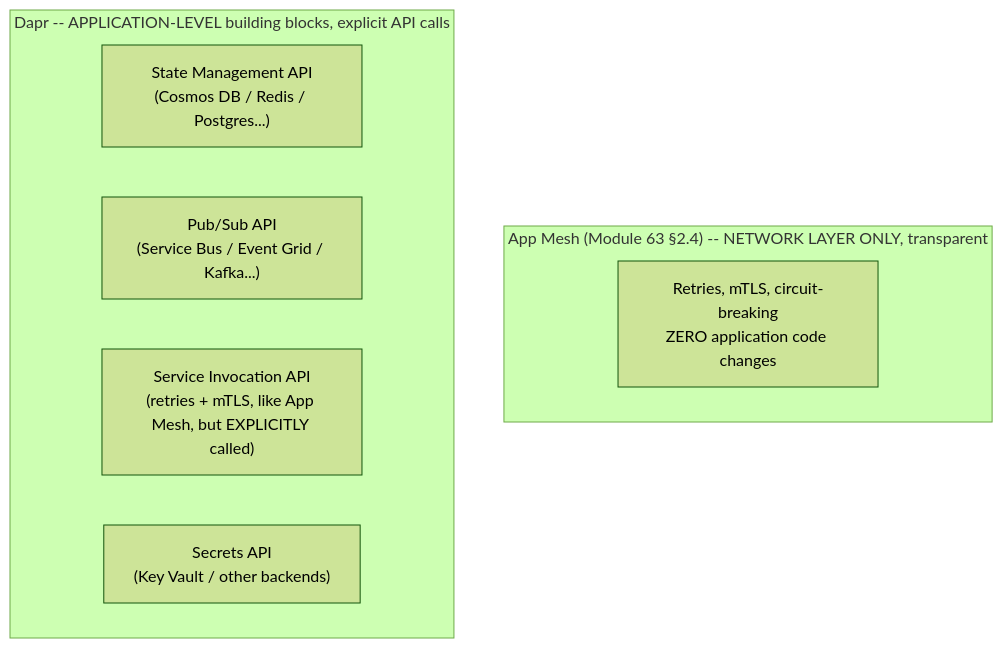
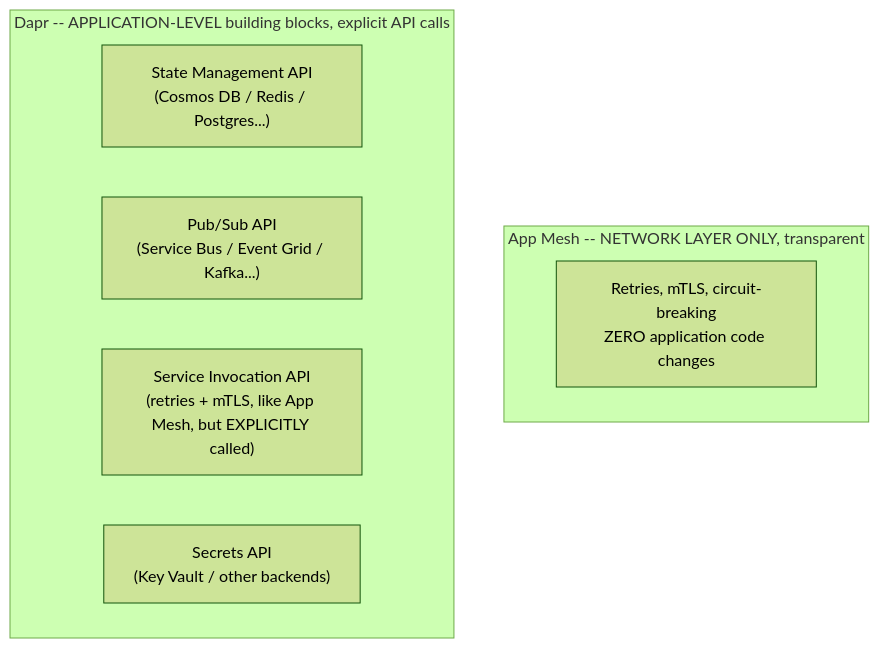
Before and after one commit to umashankarp/InterviewQuestions: the second of 2 diagrams in 22-Azure/07-Containers-Microservices-AKS-ContainerApps-Dapr.md, drawn with Mermaid (forest theme). The commit also changed other lines of this file and 173 other files, not shown here.

````diff
--- a/22-Azure/07-Containers-Microservices-AKS-ContainerApps-Dapr.md
+++ b/22-Azure/07-Containers-Microservices-AKS-ContainerApps-Dapr.md
@@ -68,12 +68,12 @@
 ```mermaid
 graph TB
-    subgraph "App Mesh (Module 63 §2.4) -- NETWORK LAYER ONLY, transparent"
-        AppMeshScope["Retries, mTLS, circuit-breaking<br/>ZERO application code changes"]
-    end
-    subgraph "Dapr -- APPLICATION-LEVEL building blocks, explicit API calls"
-        DaprState["State Management API<br/>(Cosmos DB / Redis / Postgres...)"]
-        DaprPubSub["Pub/Sub API<br/>(Service Bus / Event Grid / Kafka...)"]
-        DaprInvoke["Service Invocation API<br/>(retries + mTLS, like App Mesh, but EXPLICITLY called)"]
-        DaprSecrets["Secrets API<br/>(Key Vault / other backends)"]
-    end
+ subgraph "App Mesh -- NETWORK LAYER ONLY, transparent"
+ AppMeshScope["Retries, mTLS, circuit-breaking<br/>ZERO application code changes"]
+ end
+ subgraph "Dapr -- APPLICATION-LEVEL building blocks, explicit API calls"
+ DaprState["State Management API<br/>(Cosmos DB / Redis / Postgres...)"]
+ DaprPubSub["Pub/Sub API<br/>(Service Bus / Event Grid / Kafka...)"]
+ DaprInvoke["Service Invocation API<br/>(retries + mTLS, like App Mesh, but EXPLICITLY called)"]
+ DaprSecrets["Secrets API<br/>(Key Vault / other backends)"]
+ end
 ```
````
